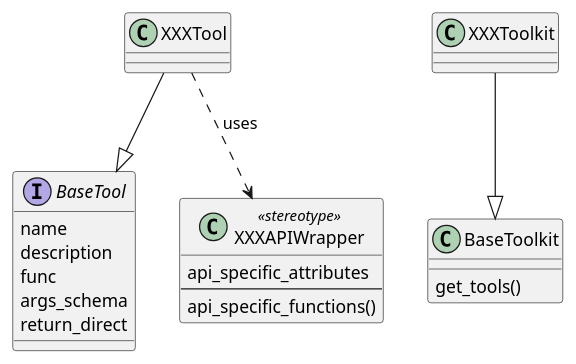
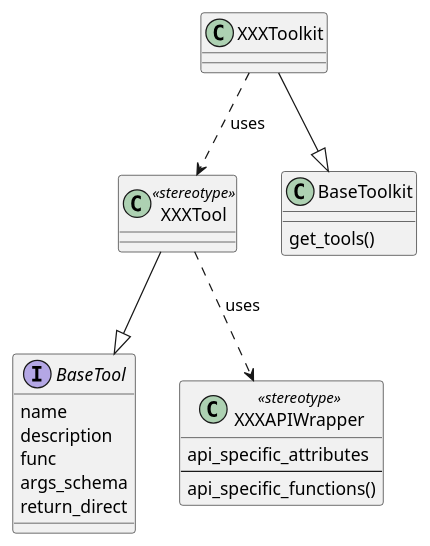
The diagram in LangChain/puml/tools-toolkits.puml (acloudfan/gen-ai-app-dev), drawn with PlantUML before and after one commit. The commit also changed 5 other files, not shown here.

```diff
--- a/LangChain/puml/tools-toolkits.puml
+++ b/LangChain/puml/tools-toolkits.puml
@@ -1,33 +1,35 @@
 @startuml
 
 interface BaseTool {
     name
     description
     func
     args_schema
     return_direct
 }
 
-class  XXXTool{}
+class  XXXTool <<stereotype>> {}
 XXXTool --|> BaseTool
 
 class   XXXAPIWrapper <<stereotype>> {
     api_specific_attributes
     ---
     api_specific_functions()
 }
 
 XXXTool ..> XXXAPIWrapper : uses 
 
 ' https://api.python.langchain.com/en/latest/tools/langchain_core.tools.BaseToolkit.html#langchain_core.tools.BaseToolkit
 class BaseToolkit{
     get_tools()
 }
 
-class XXXToolkit{}
+' class XXXToolkit{}
 XXXToolkit --|> BaseToolkit
 
 ' https://blog.langchain.dev/structured-tools/
 ' class StructuredTool{}
 
+XXXToolkit ..> XXXTool : uses
+
 @enduml
```
